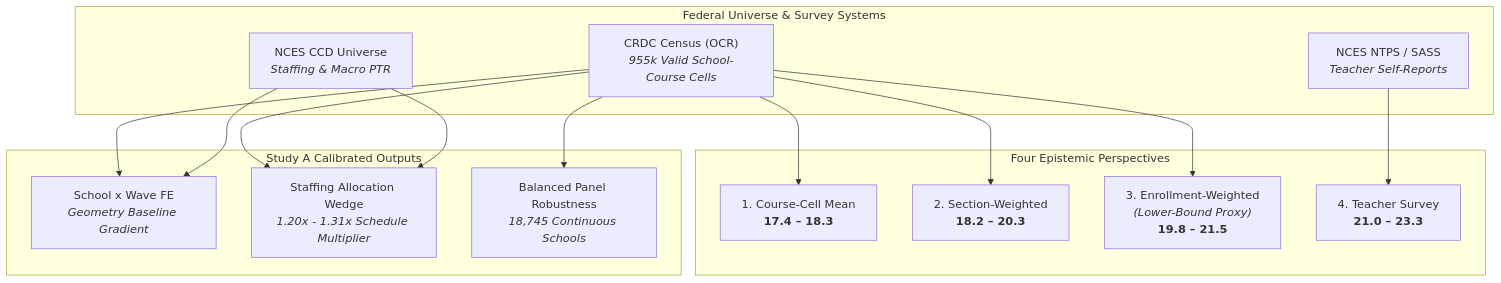
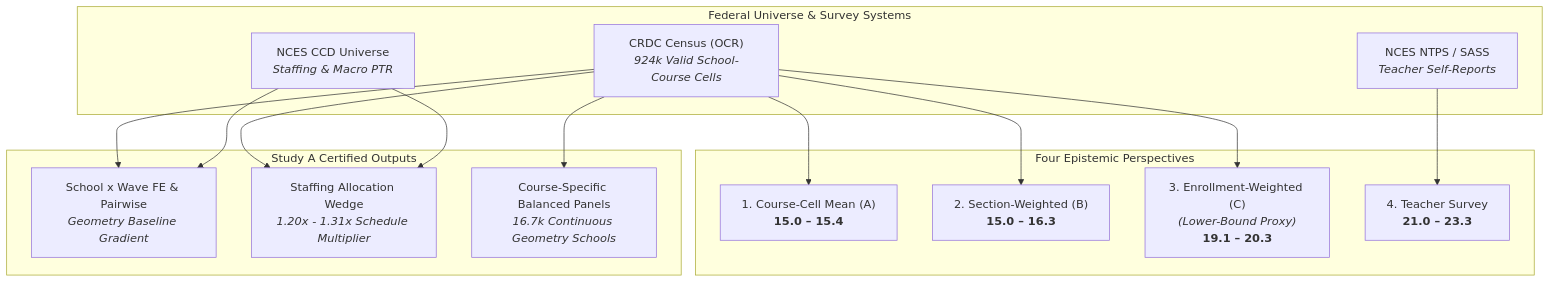
Before and after one commit to admiralorbiter/computational-sketchbook: the diagram in 2026/2026-10-04-classroom-capacity/artifacts/01_class_size_measurement.md, drawn with Mermaid. The commit also changed other lines of this file and 40 other files, not shown here.

````diff
--- a/2026/2026-10-04-classroom-capacity/artifacts/01_class_size_measurement.md
+++ b/2026/2026-10-04-classroom-capacity/artifacts/01_class_size_measurement.md
@@ -50,29 +53,29 @@
 ```mermaid
 flowchart TD
     subgraph Federal["Federal Universe & Survey Systems"]
-        CRDC["CRDC Census (OCR)<br/><i>955k Valid School-Course Cells</i>"]
+        CRDC["CRDC Census (OCR)<br/><i>924k Valid School-Course Cells</i>"]
         CCD["NCES CCD Universe<br/><i>Staffing & Macro PTR</i>"]
         NTPS["NCES NTPS / SASS<br/><i>Teacher Self-Reports</i>"]
     end
 
     subgraph Perspectives["Four Epistemic Perspectives"]
-        P1["1. Course-Cell Mean<br/><b>17.4 – 18.3</b>"]
-        P2["2. Section-Weighted<br/><b>18.2 – 20.3</b>"]
-        P3["3. Enrollment-Weighted<br/><i>(Lower-Bound Proxy)</i><br/><b>19.8 – 21.5</b>"]
+        P1["1. Course-Cell Mean (A)<br/><b>15.0 – 15.4</b>"]
+        P2["2. Section-Weighted (B)<br/><b>15.0 – 16.3</b>"]
+        P3["3. Enrollment-Weighted (C)<br/><i>(Lower-Bound Proxy)</i><br/><b>19.1 – 20.3</b>"]
         P4["4. Teacher Survey<br/><b>21.0 – 23.3</b>"]
     end
 
-    subgraph Analytical["Study A Calibrated Outputs"]
-        FE["School x Wave FE<br/><i>Geometry Baseline Gradient</i>"]
+    subgraph Analytical["Study A Certified Outputs"]
+        FE["School x Wave FE & Pairwise<br/><i>Geometry Baseline Gradient</i>"]
         WEDGE["Staffing Allocation Wedge<br/><i>1.20x - 1.31x Schedule Multiplier</i>"]
-        ROB["Balanced Panel Robustness<br/><i>18,745 Continuous Schools</i>"]
+        ROB["Course-Specific Balanced Panels<br/><i>16.7k Continuous Geometry Schools</i>"]
     end
 
     CRDC --> P1
     CRDC --> P2
     CRDC --> P3
     NTPS --> P4
     CRDC & CCD --> FE
     CRDC & CCD --> WEDGE
     CRDC --> ROB
 ```
````
